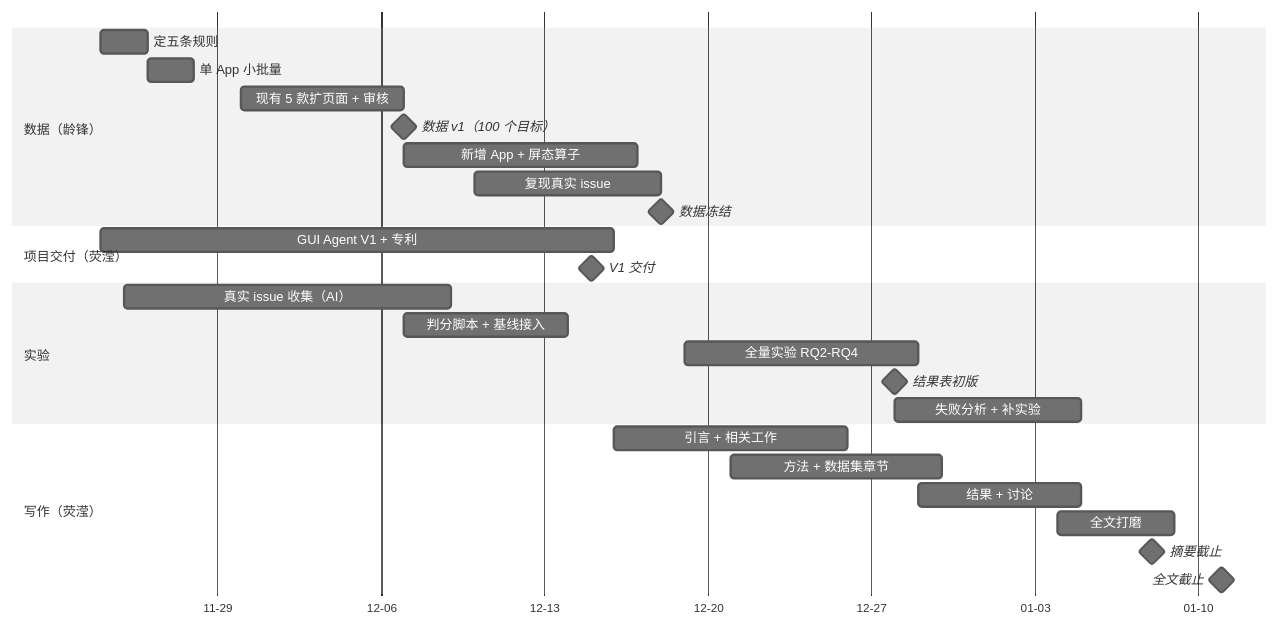
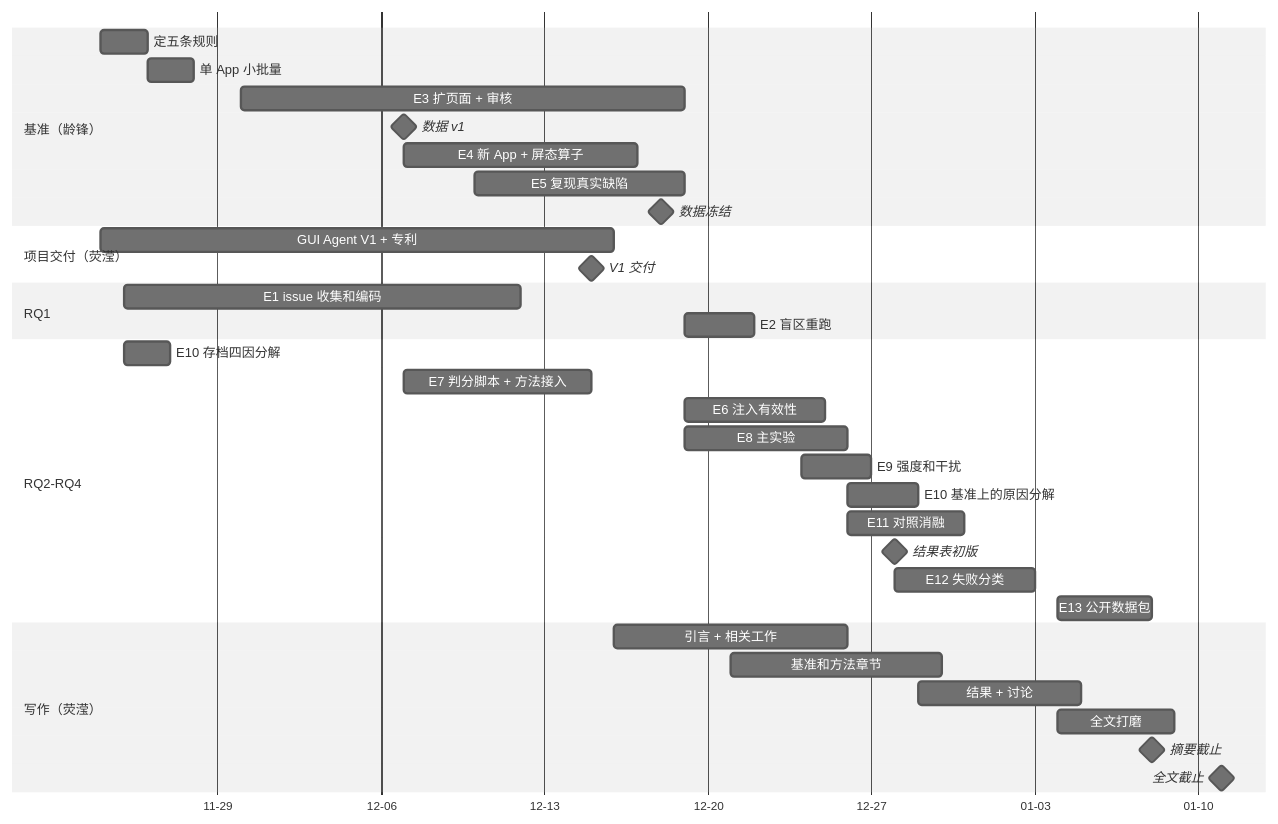
One commit to ZYY0321/Research-Notes changed the second of 2 diagrams in ux-research-brief/ux-research-brief-drafts/论文全貌_初稿与排期.md. Above: the diagram before and after it, drawn with Mermaid (neutral theme). The commit also changed other lines of this file and 1 other file, not shown here.

````diff
--- a/ux-research-brief/ux-research-brief-drafts/论文全貌_初稿与排期.md
+++ b/ux-research-brief/ux-research-brief-drafts/论文全貌_初稿与排期.md
@@ -180,29 +249,37 @@
 ```mermaid
 gantt
     dateFormat  YYYY-MM-DD
     axisFormat  %m-%d
-    section 数据（龄锋）
+    section 基准（龄锋）
     定五条规则                :a1, 2026-11-24, 2d
     单 App 小批量             :a2, 2026-11-26, 2d
-    现有 5 款扩页面 + 审核     :a3, 2026-11-30, 7d
-    数据 v1（100 个目标）      :milestone, m1, 2026-12-07, 0d
-    新增 App + 屏态算子        :a4, 2026-12-07, 10d
-    复现真实 issue            :a5, 2026-12-10, 8d
+    E3 扩页面 + 审核          :a3, 2026-11-30, 19d
+    数据 v1                   :milestone, m1, 2026-12-07, 0d
+    E4 新 App + 屏态算子      :a4, 2026-12-07, 10d
+    E5 复现真实缺陷           :a5, 2026-12-10, 9d
     数据冻结                  :milestone, m2, 2026-12-18, 0d
     section 项目交付（荧滢）
     GUI Agent V1 + 专利       :b1, 2026-11-24, 22d
     V1 交付                   :milestone, m3, 2026-12-15, 0d
-    section 实验
-    真实 issue 收集（AI）      :c1, 2026-11-25, 14d
-    判分脚本 + 基线接入        :c2, 2026-12-07, 7d
-    全量实验 RQ2-RQ4          :c3, 2026-12-19, 10d
+    section RQ1
+    E1 issue 收集和编码       :c1, 2026-11-25, 17d
+    E2 盲区重跑               :c2, 2026-12-19, 3d
+    section RQ2-RQ4
+    E10 存档四因分解          :e0, 2026-11-25, 2d
+    E7 判分脚本 + 方法接入    :e1, 2026-12-07, 8d
+    E6 注入有效性             :e2, 2026-12-19, 6d
+    E8 主实验                 :e3, 2026-12-19, 7d
+    E9 强度和干扰             :e4, 2026-12-24, 3d
+    E10 基准上的原因分解      :e5, 2026-12-26, 3d
+    E11 对照消融              :e6, 2026-12-26, 5d
     结果表初版                :milestone, m4, 2026-12-28, 0d
-    失败分析 + 补实验          :c4, 2026-12-28, 8d
+    E12 失败分类              :e7, 2026-12-28, 6d
+    E13 公开数据包            :e8, 2027-01-04, 4d
     section 写作（荧滢）
-    引言 + 相关工作            :d1, 2026-12-16, 10d
-    方法 + 数据集章节          :d2, 2026-12-21, 9d
+    引言 + 相关工作           :d1, 2026-12-16, 10d
+    基准和方法章节            :d2, 2026-12-21, 9d
     结果 + 讨论               :d3, 2026-12-29, 7d
     全文打磨                  :d4, 2027-01-04, 5d
     摘要截止                  :milestone, m5, 2027-01-08, 0d
     全文截止                  :milestone, m6, 2027-01-11, 0d
 ```
````
